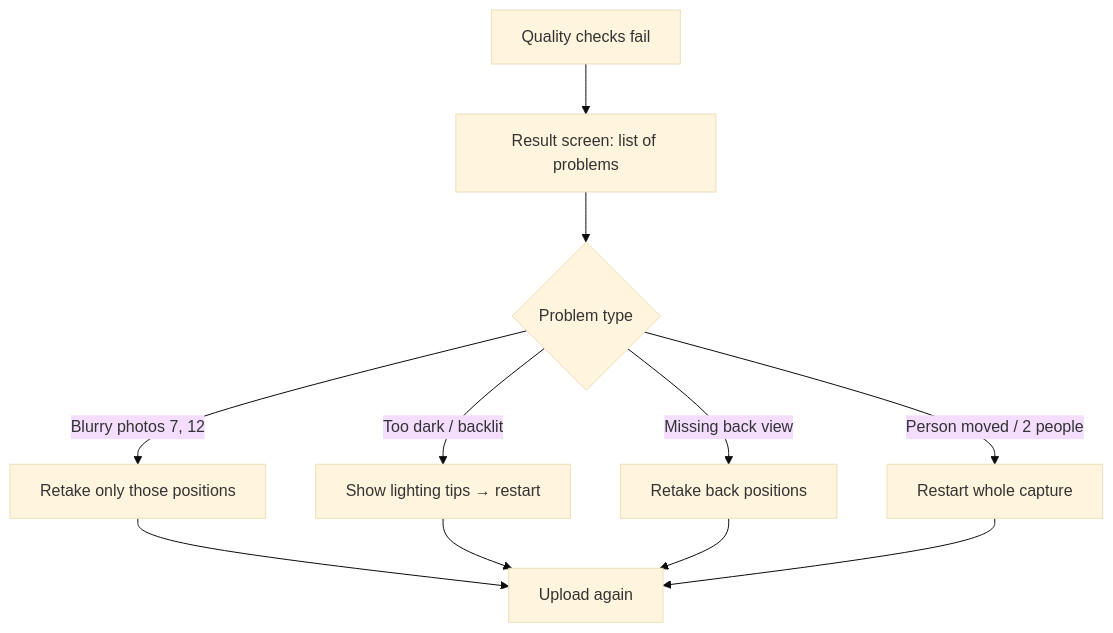
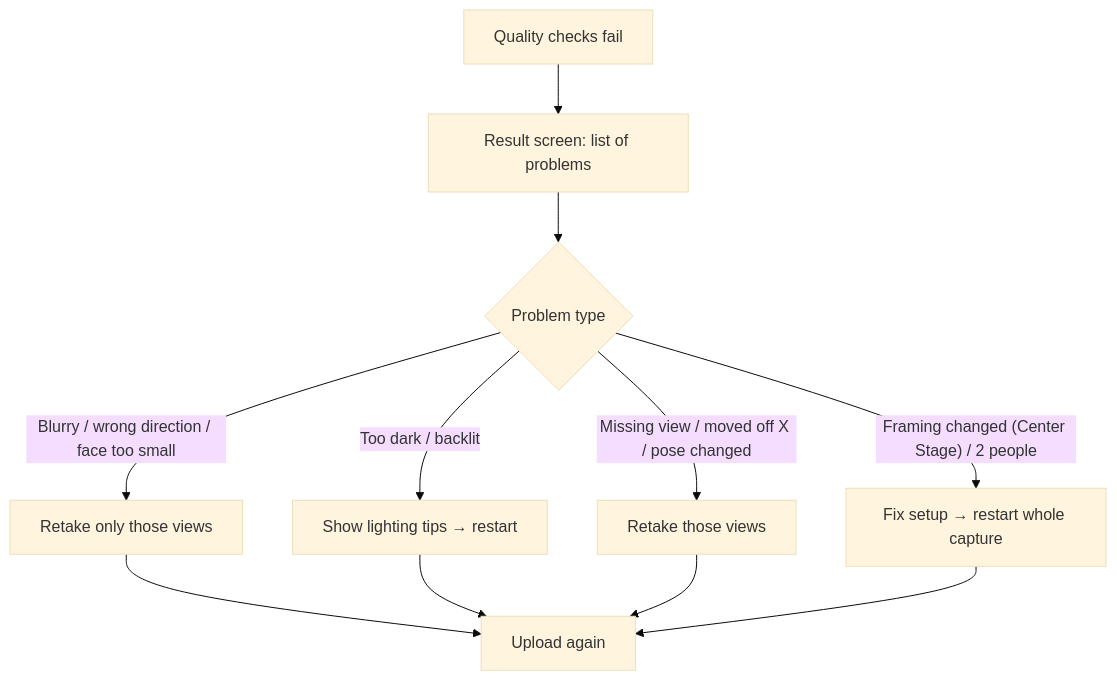
The fourth of 4 diagrams in docs/user-flows.md (Sreanghourhy/AI-Powered-3D-Virtual-Fitting-Room), drawn with Mermaid (base theme) before and after one commit. The commit also changed other lines of this file and 21 other files, not shown here.

````diff
--- a/docs/user-flows.md
+++ b/docs/user-flows.md
@@ -82,10 +86,10 @@
 ```mermaid
 flowchart TD
     A[Quality checks fail] --> B[Result screen: list of problems]
     B --> C{Problem type}
-    C -- Blurry photos 7, 12 --> D[Retake only those positions]
+    C -- Blurry / wrong direction / face too small --> D[Retake only those views]
     C -- Too dark / backlit --> E[Show lighting tips → restart]
-    C -- Missing back view --> F[Retake back positions]
-    C -- Person moved / 2 people --> G[Restart whole capture]
+    C -- Missing view / moved off X / pose changed --> F[Retake those views]
+    C -- Framing changed (Center Stage) / 2 people --> G[Fix setup → restart whole capture]
     D & E & F & G --> H[Upload again]
 ```
````
